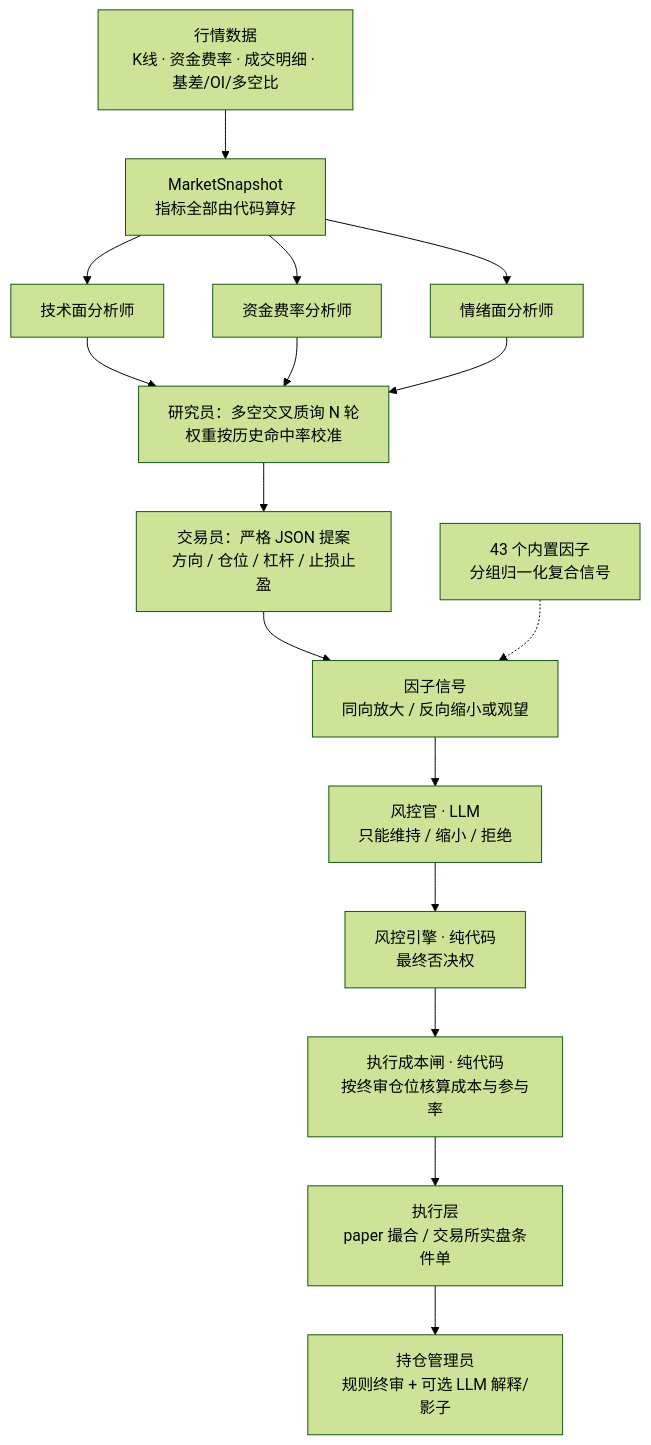
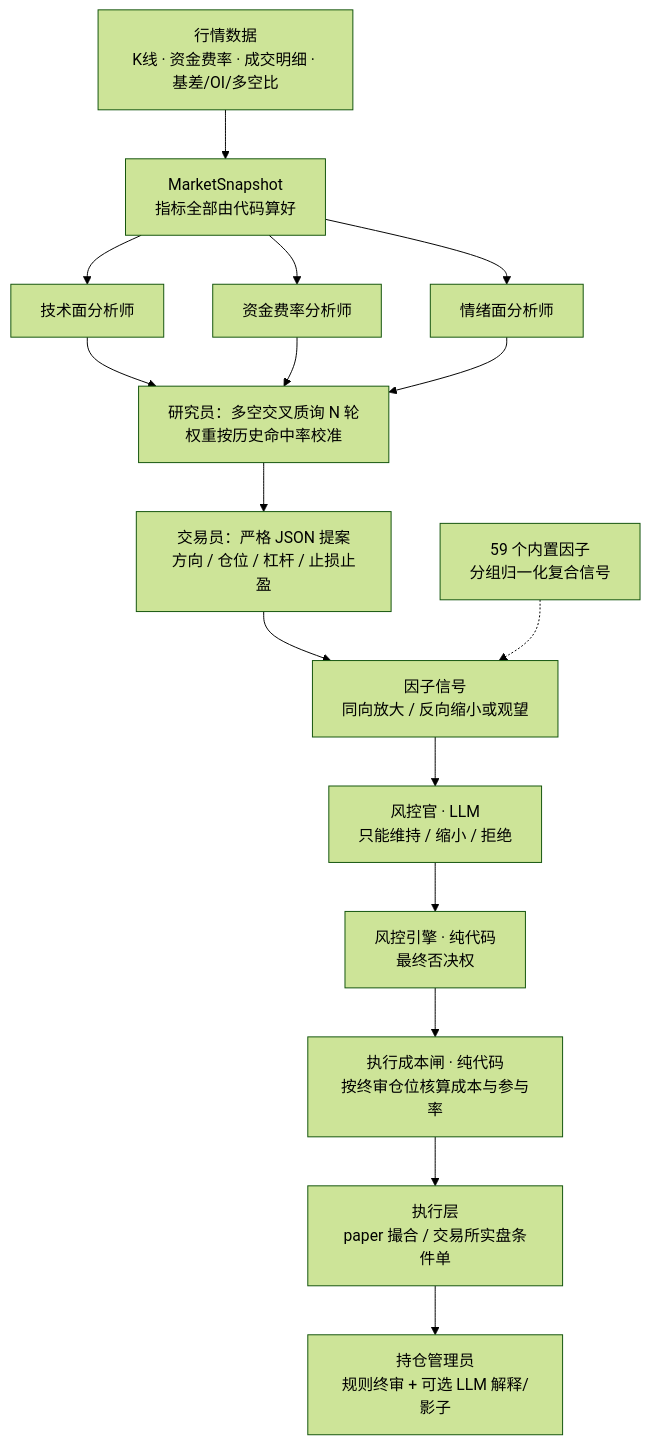
One commit to QeeLin-AI/qeelin-agent changed the diagram in README.md. Above: the diagram before and after it, drawn with Mermaid (forest theme). The commit also changed other lines of this file and 2 other files, not shown here.

````diff
--- a/README.md
+++ b/README.md
@@ -87,18 +87,18 @@
 ```mermaid
 flowchart TD
     DATA[行情数据<br/>K线 · 资金费率 · 成交明细 · 基差/OI/多空比] --> SNAP[MarketSnapshot<br/>指标全部由代码算好]
     SNAP --> A1[技术面分析师]
     SNAP --> A2[资金费率分析师]
     SNAP --> A3[情绪面分析师]
     A1 --> DEB[研究员：多空交叉质询 N 轮<br/>权重按历史命中率校准]
     A2 --> DEB
     A3 --> DEB
     DEB --> TR[交易员：严格 JSON 提案<br/>方向 / 仓位 / 杠杆 / 止损止盈]
     TR --> FS[因子信号<br/>同向放大 / 反向缩小或观望]
-    LIB[43 个内置因子<br/>分组归一化复合信号] -.-> FS
+    LIB[59 个内置因子<br/>分组归一化复合信号] -.-> FS
     FS --> RO[风控官 · LLM<br/>只能维持 / 缩小 / 拒绝]
     RO --> RE[风控引擎 · 纯代码<br/>最终否决权]
     RE --> COST[执行成本闸 · 纯代码<br/>按终审仓位核算成本与参与率]
     COST --> EXEC[执行层<br/>paper 撮合 / 交易所实盘条件单]
     EXEC --> PM[持仓管理员<br/>规则终审 + 可选 LLM 解释/影子]
 ```
````
